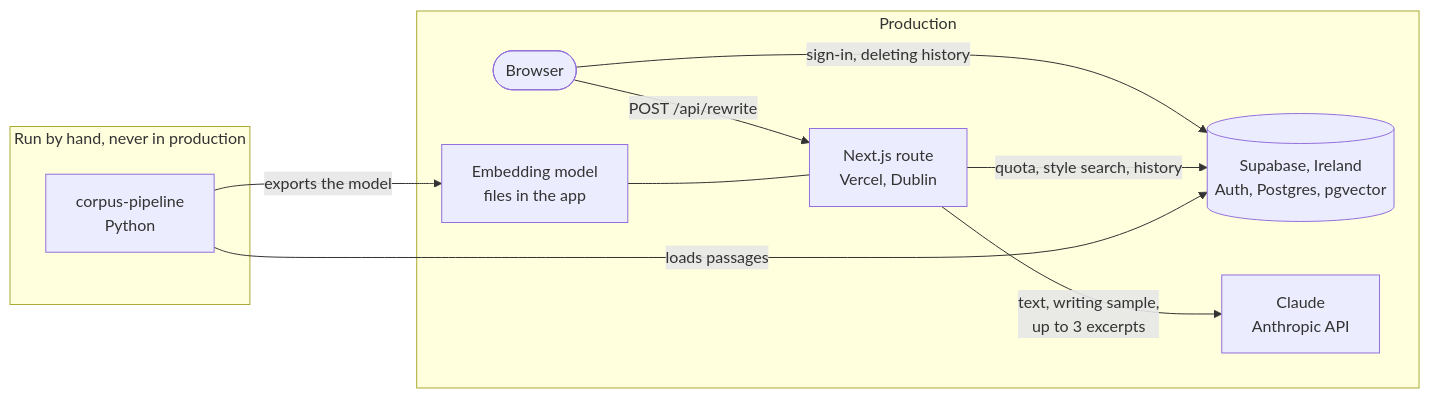
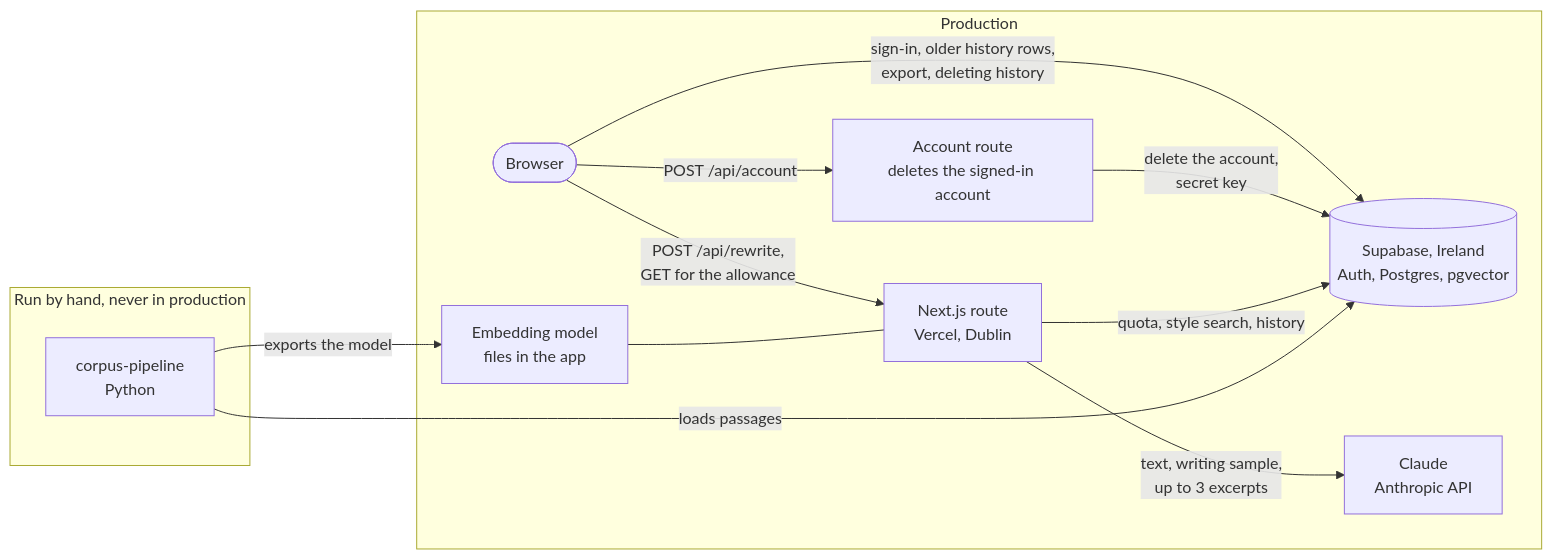
Before and after one commit to Azekf11/IA_Writing: the diagram in README.md, drawn with Mermaid. The commit also changed other lines of this file and 163 other files, not shown here.

First line of the commit message:
Consolidate the app and add review, free check, allowance and account features

````diff
--- a/README.md
+++ b/README.md
@@ -35,14 +54,16 @@
 ```mermaid
 flowchart LR
     subgraph production [Production]
-        B([Browser]) -->|"POST /api/rewrite"| R["Next.js route<br/>Vercel, Dublin"]
-        B -->|"sign-in, deleting history"| S
+        B([Browser]) -->|"POST /api/rewrite,<br/>GET for the allowance"| R["Next.js route<br/>Vercel, Dublin"]
+        B -->|"POST /api/account"| A["Account route<br/>deletes the signed-in account"]
+        B -->|"sign-in, older history rows,<br/>export, deleting history"| S
+        A -->|"delete the account,<br/>secret key"| S
         R -->|"quota, style search, history"| S[("Supabase, Ireland<br/>Auth, Postgres, pgvector")]
         R -->|"text, writing sample,<br/>up to 3 excerpts"| C["Claude<br/>Anthropic API"]
         E["Embedding model<br/>files in the app"] --- R
     end
     subgraph offline [Run by hand, never in production]
         P["corpus-pipeline<br/>Python"] -->|"loads passages"| S
         P -->|"exports the model"| E
     end
 ```
````
